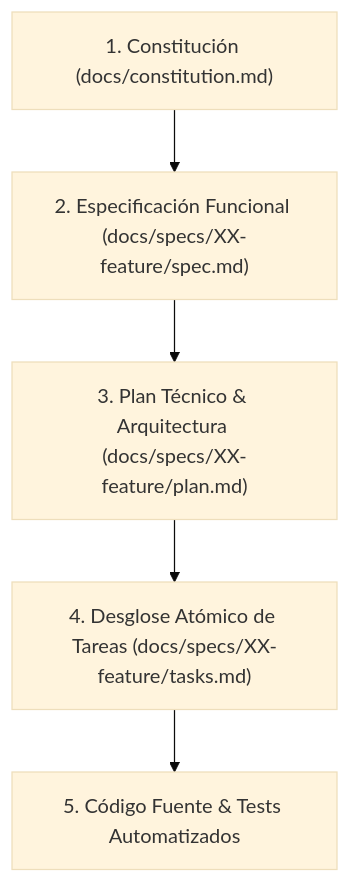
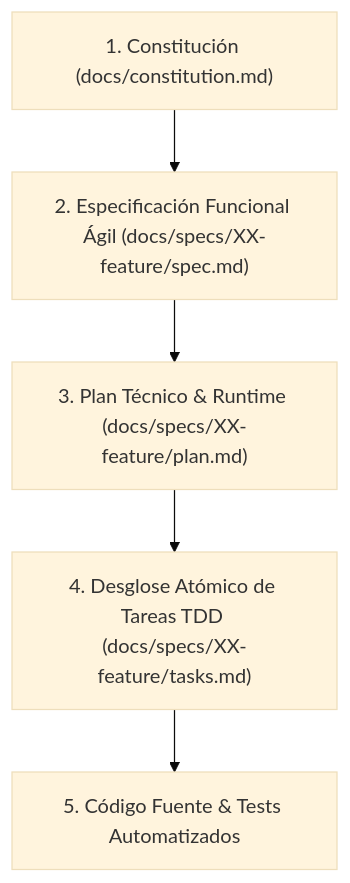
One commit to Thebetus7/SW2-G17-SDD-26-2 changed the diagram in templates/sdd-init.md. Above: the diagram before and after it, drawn with Mermaid (base theme). The commit also changed other lines of this file and 7 other files, not shown here.

````diff
--- a/templates/sdd-init.md
+++ b/templates/sdd-init.md
@@ -11,7 +11,7 @@
 ```mermaid
 flowchart TD
-    C["1. Constitución (docs/constitution.md)"] --> S["2. Especificación Funcional (docs/specs/XX-feature/spec.md)"]
-    S --> P["3. Plan Técnico & Arquitectura (docs/specs/XX-feature/plan.md)"]
-    P --> T["4. Desglose Atómico de Tareas (docs/specs/XX-feature/tasks.md)"]
+    C["1. Constitución (docs/constitution.md)"] --> S["2. Especificación Funcional Ágil (docs/specs/XX-feature/spec.md)"]
+    S --> P["3. Plan Técnico & Runtime (docs/specs/XX-feature/plan.md)"]
+    P --> T["4. Desglose Atómico de Tareas TDD (docs/specs/XX-feature/tasks.md)"]
     T --> K["5. Código Fuente & Tests Automatizados"]
 ```
````
